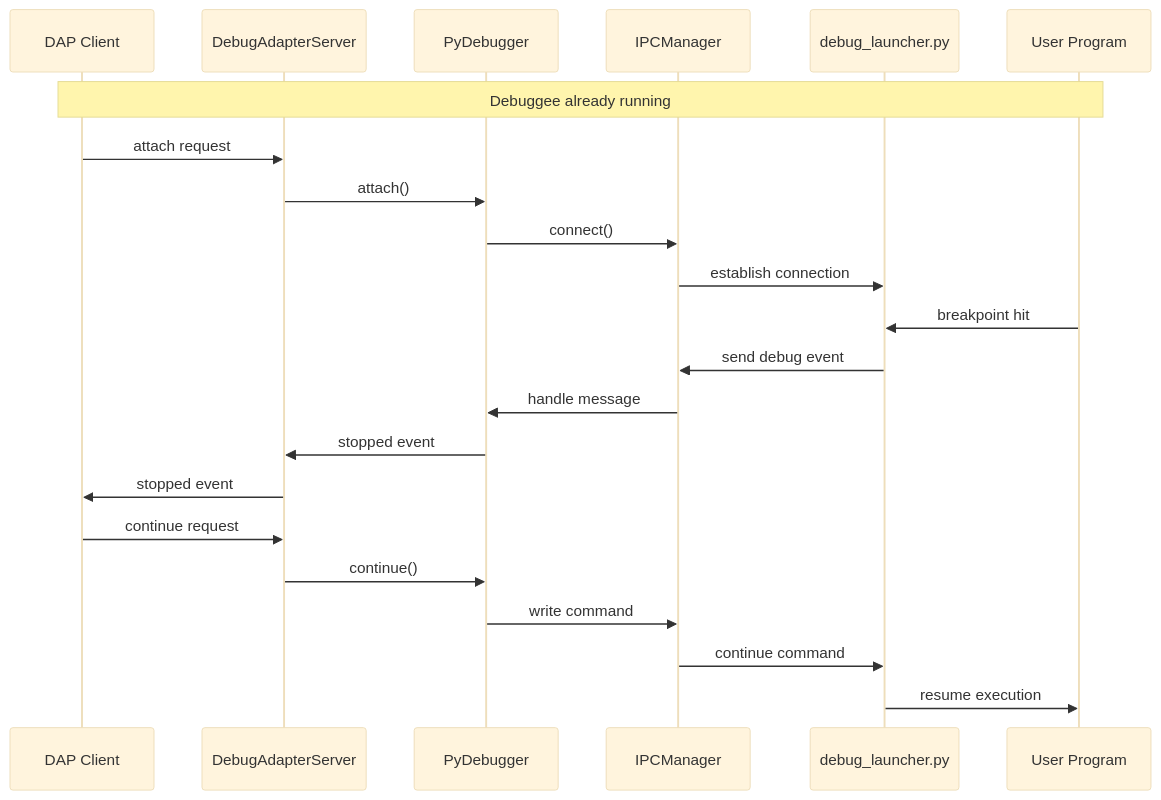
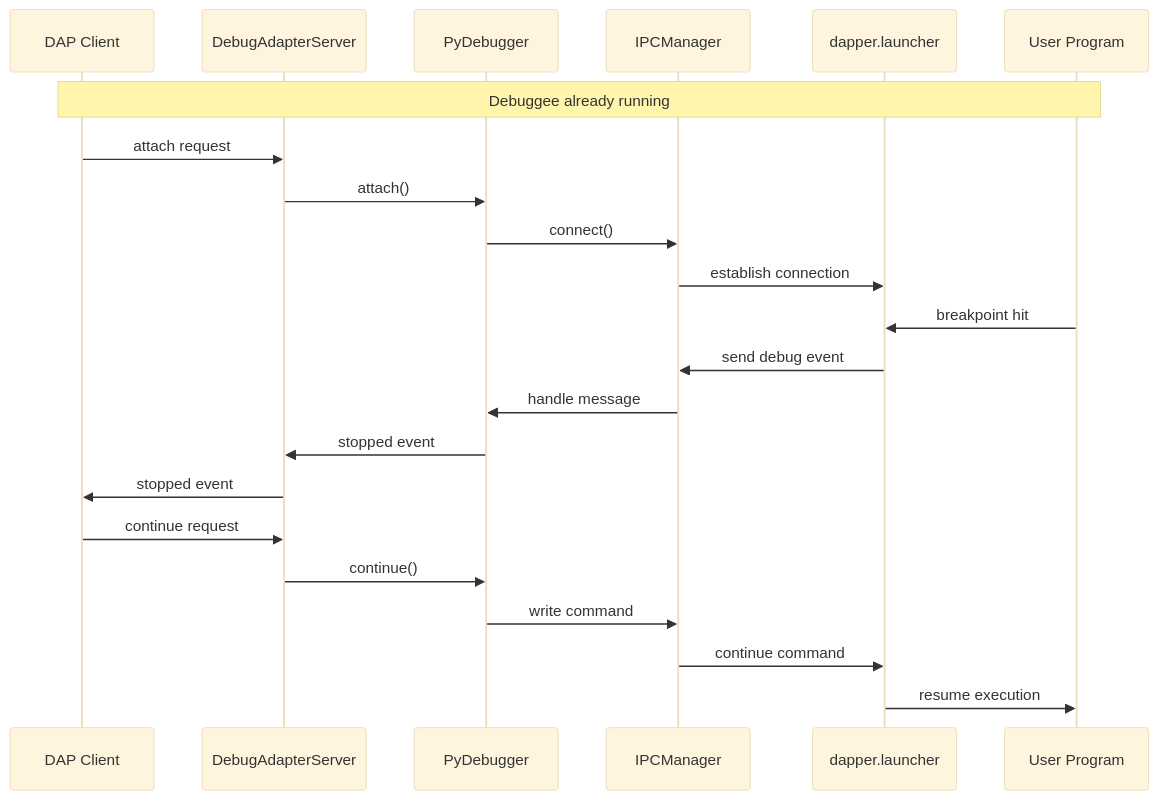
Before and after one commit to jnsquire/dapper: the fourth of 16 diagrams in doc/reference/operational-modes.md, drawn with Mermaid (base theme). The commit also changed other lines of this file and 9 other files, not shown here.

Commit message:
refactor: Update launcher references from debug_launcher to launcher across documentation and code

````diff
--- a/doc/reference/operational-modes.md
+++ b/doc/reference/operational-modes.md
@@ -118,28 +118,28 @@
 ```mermaid
 sequenceDiagram
     participant Client as DAP Client
     participant Adapter as DebugAdapterServer
     participant Debugger as PyDebugger
     participant IPC as IPCManager
-    participant Launcher as debug_launcher.py
+    participant Launcher as dapper.launcher
     participant Debuggee as User Program
     
     Note over Client,Debuggee: Debuggee already running
     
     Client->>Adapter: attach request
     Adapter->>Debugger: attach()
     Debugger->>IPC: connect()
     IPC->>Launcher: establish connection
     
     Debuggee->>Launcher: breakpoint hit
     Launcher->>IPC: send debug event
     IPC->>Debugger: handle message
     Debugger->>Adapter: stopped event
     Adapter->>Client: stopped event
     
     Client->>Adapter: continue request
     Adapter->>Debugger: continue()
     Debugger->>IPC: write command
     IPC->>Launcher: continue command
     Launcher->>Debuggee: resume execution
 ```
````
